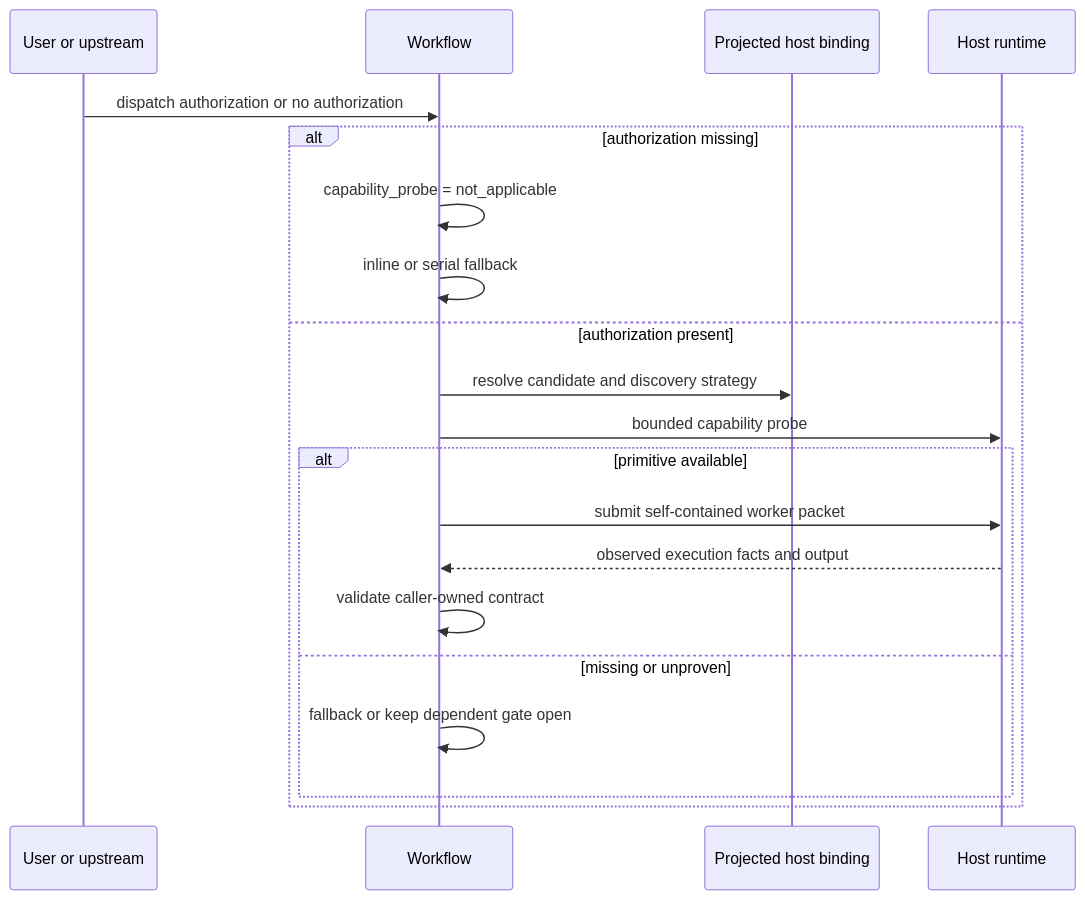
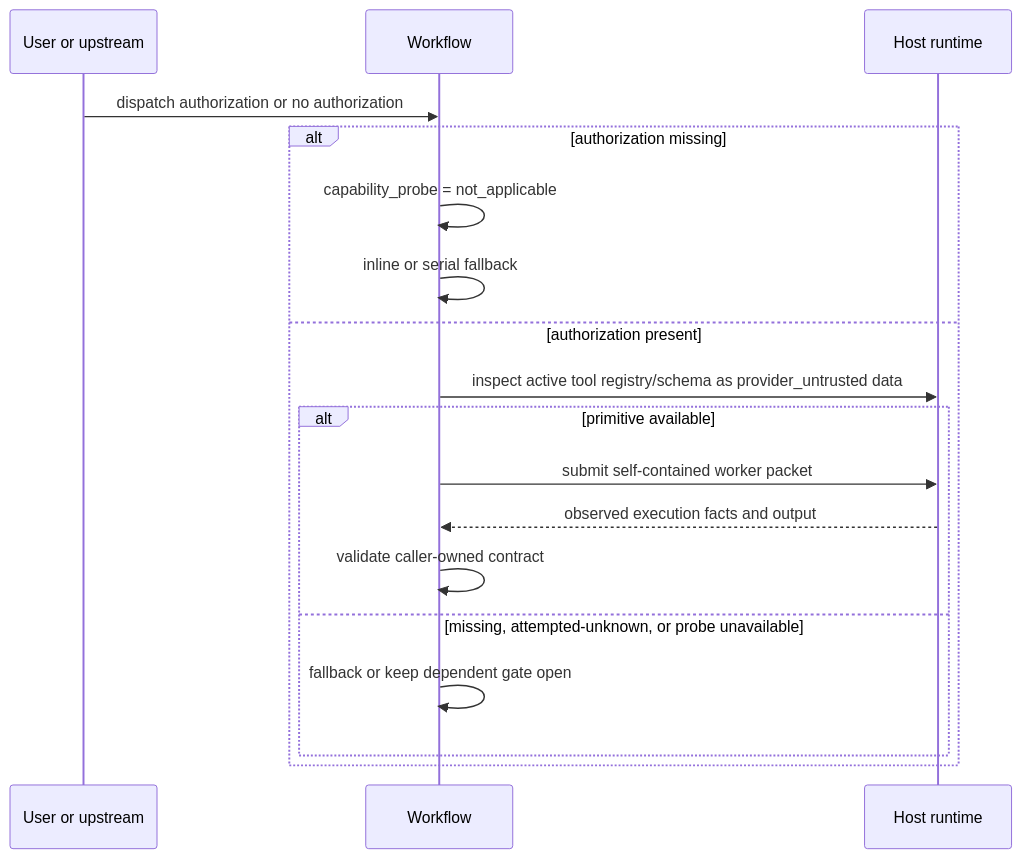
One commit to leo-kuang-ai/spec-first changed the second of 3 diagrams in docs/plans/2026-07-28-001-refactor-host-neutral-worker-dispatch-plan.md. Above: the diagram before and after it, drawn with Mermaid. The commit also changed other lines of this file and 4 other files, not shown here.

````diff
--- a/docs/plans/2026-07-28-001-refactor-host-neutral-worker-dispatch-plan.md
+++ b/docs/plans/2026-07-28-001-refactor-host-neutral-worker-dispatch-plan.md
@@ -232,22 +242,20 @@
 ```mermaid
 sequenceDiagram
   participant U as User or upstream
   participant W as Workflow
-  participant B as Projected host binding
   participant H as Host runtime
   U->>W: dispatch authorization or no authorization
   alt authorization missing
     W->>W: capability_probe = not_applicable
     W->>W: inline or serial fallback
   else authorization present
-    W->>B: resolve candidate and discovery strategy
-    W->>H: bounded capability probe
+    W->>H: inspect active tool registry/schema as provider_untrusted data
     alt primitive available
       W->>H: submit self-contained worker packet
       H-->>W: observed execution facts and output
       W->>W: validate caller-owned contract
-    else missing or unproven
+    else missing, attempted-unknown, or probe unavailable
       W->>W: fallback or keep dependent gate open
     end
   end
 ```
````
